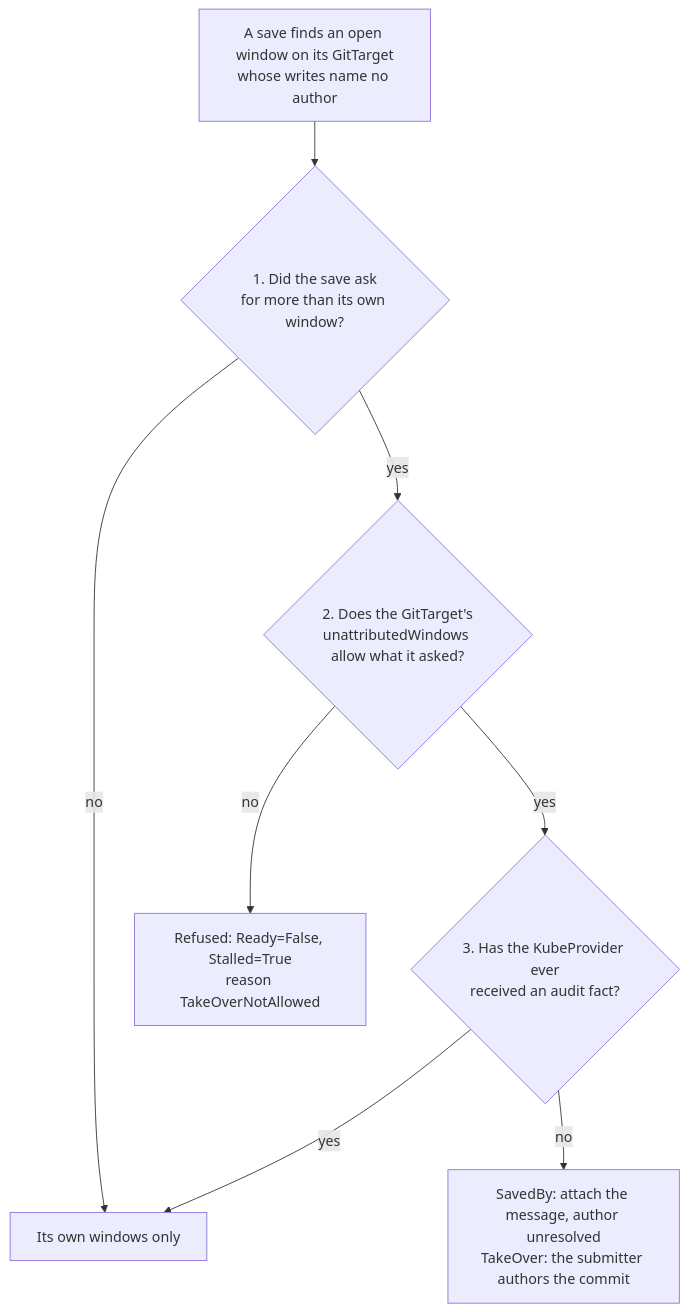
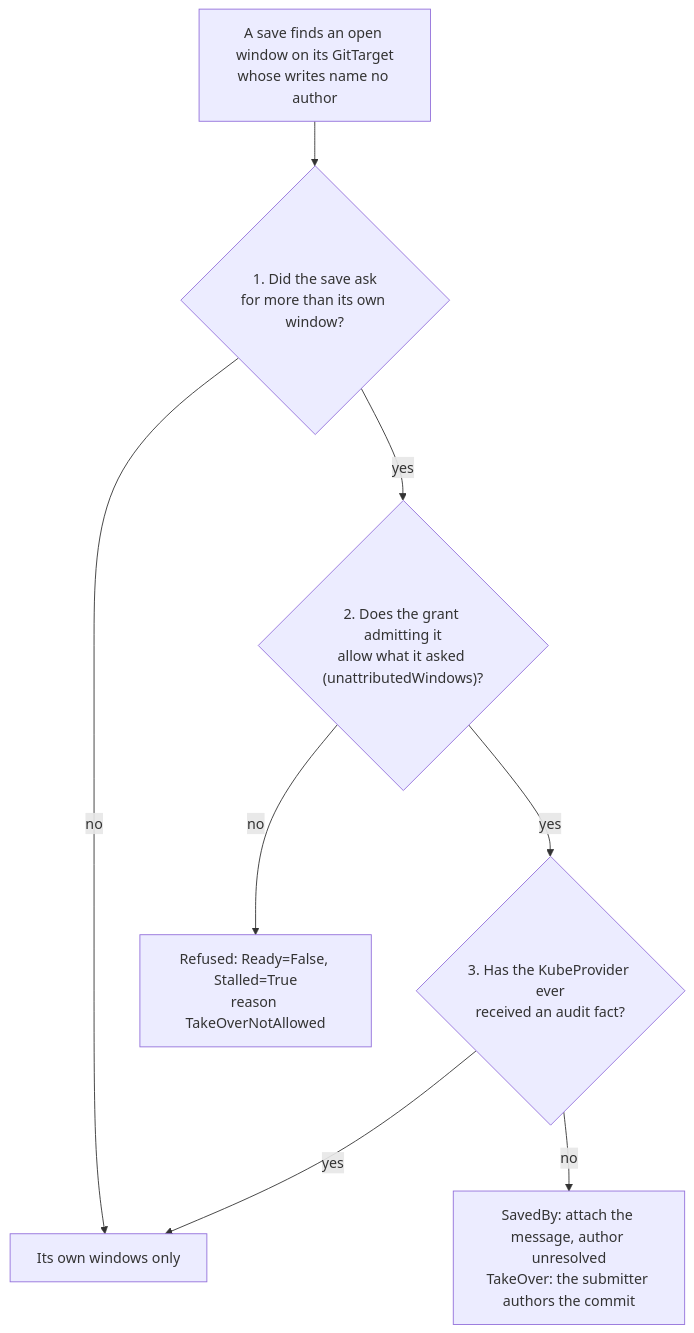
Before and after one commit to ConfigButler/gitops-reverser: the fourth of 4 diagrams in docs/future/source-side-save-plan.md, drawn with Mermaid. The commit also changed other lines of this file and 20 other files, not shown here.

````diff
--- a/docs/future/source-side-save-plan.md
+++ b/docs/future/source-side-save-plan.md
@@ -223,10 +228,10 @@
 ```mermaid
 flowchart TB
     Start["A save finds an open window on its GitTarget<br/>whose writes name no author"] --> Q1{"1. Did the save ask<br/>for more than its own window?"}
     Q1 -->|no| Own["Its own windows only"]
-    Q1 -->|yes| Q2{"2. Does the GitTarget's<br/>unattributedWindows allow what it asked?"}
+    Q1 -->|yes| Q2{"2. Does the grant admitting it<br/>allow what it asked (unattributedWindows)?"}
     Q2 -->|no| Refuse["Refused: Ready=False, Stalled=True<br/>reason TakeOverNotAllowed"]
     Q2 -->|yes| Q3{"3. Has the KubeProvider ever<br/>received an audit fact?"}
     Q3 -->|yes| Own
     Q3 -->|no| Take["SavedBy: attach the message, author unresolved<br/>TakeOver: the submitter authors the commit"]
 ```
````
